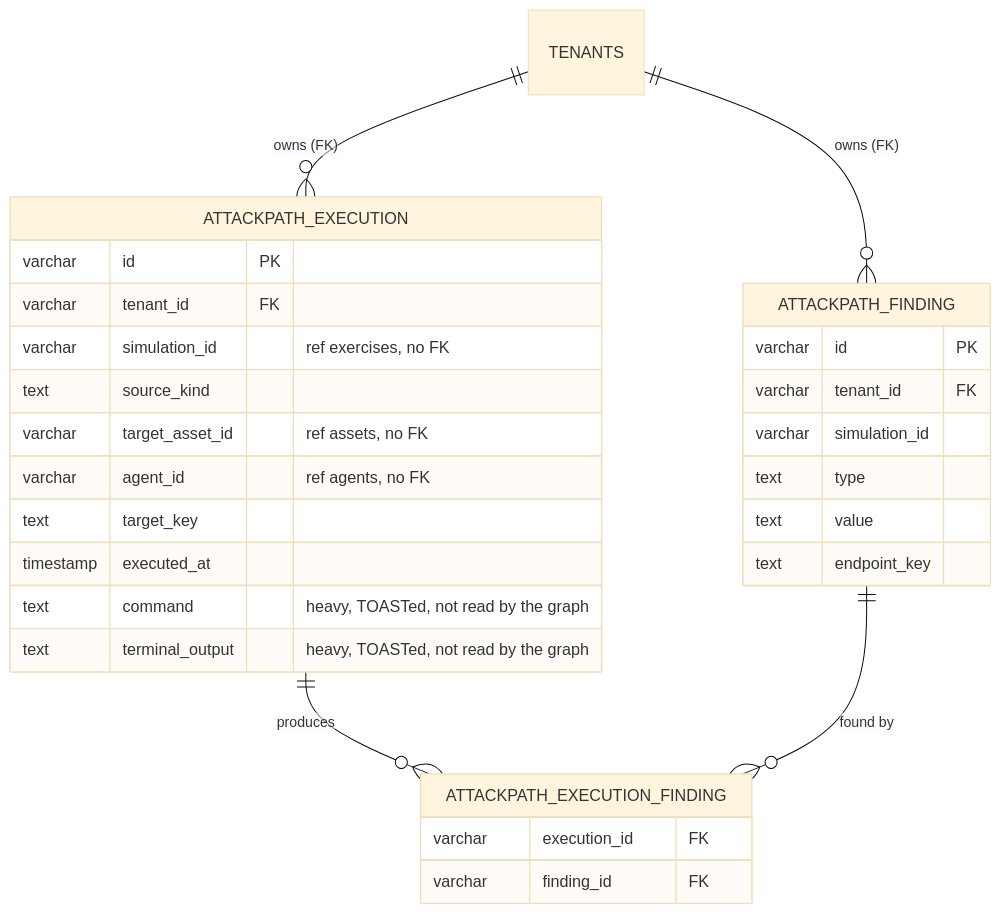
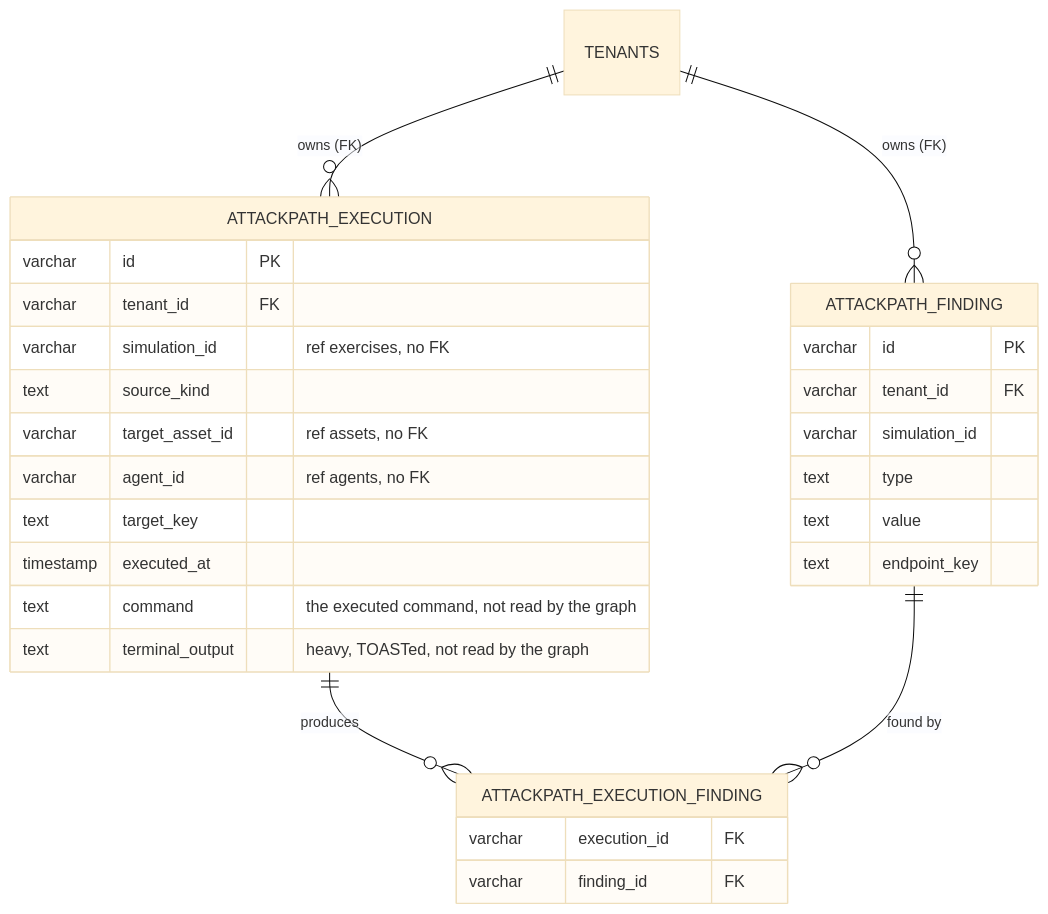
The first of 2 diagrams in adr/ADR-003-attack-path-execution-store-on-postgresql.md (OpenAEV-Platform/openaev), drawn with Mermaid (base theme) before and after one commit. The commit also changed other lines of this file and 2 other files, not shown here.

Commit message:
docs(chaining): fix attack-path ADR/javadoc drift (command column, scale framing, seed scope) (#6647)

````diff
--- a/adr/ADR-003-attack-path-execution-store-on-postgresql.md
+++ b/adr/ADR-003-attack-path-execution-store-on-postgresql.md
@@ -68,31 +68,31 @@
 ```mermaid
 erDiagram
     TENANTS ||--o{ ATTACKPATH_EXECUTION : "owns (FK)"
     TENANTS ||--o{ ATTACKPATH_FINDING : "owns (FK)"
     ATTACKPATH_EXECUTION ||--o{ ATTACKPATH_EXECUTION_FINDING : "produces"
     ATTACKPATH_FINDING ||--o{ ATTACKPATH_EXECUTION_FINDING : "found by"
     ATTACKPATH_EXECUTION {
         varchar id PK
         varchar tenant_id FK
         varchar simulation_id "ref exercises, no FK"
         text source_kind
         varchar target_asset_id "ref assets, no FK"
         varchar agent_id "ref agents, no FK"
         text target_key
         timestamp executed_at
-        text command "heavy, TOASTed, not read by the graph"
+        text command "the executed command, not read by the graph"
         text terminal_output "heavy, TOASTed, not read by the graph"
     }
     ATTACKPATH_FINDING {
         varchar id PK
         varchar tenant_id FK
         varchar simulation_id
         text type
         text value
         text endpoint_key
     }
     ATTACKPATH_EXECUTION_FINDING {
         varchar execution_id FK
         varchar finding_id FK
     }
 ```
````
